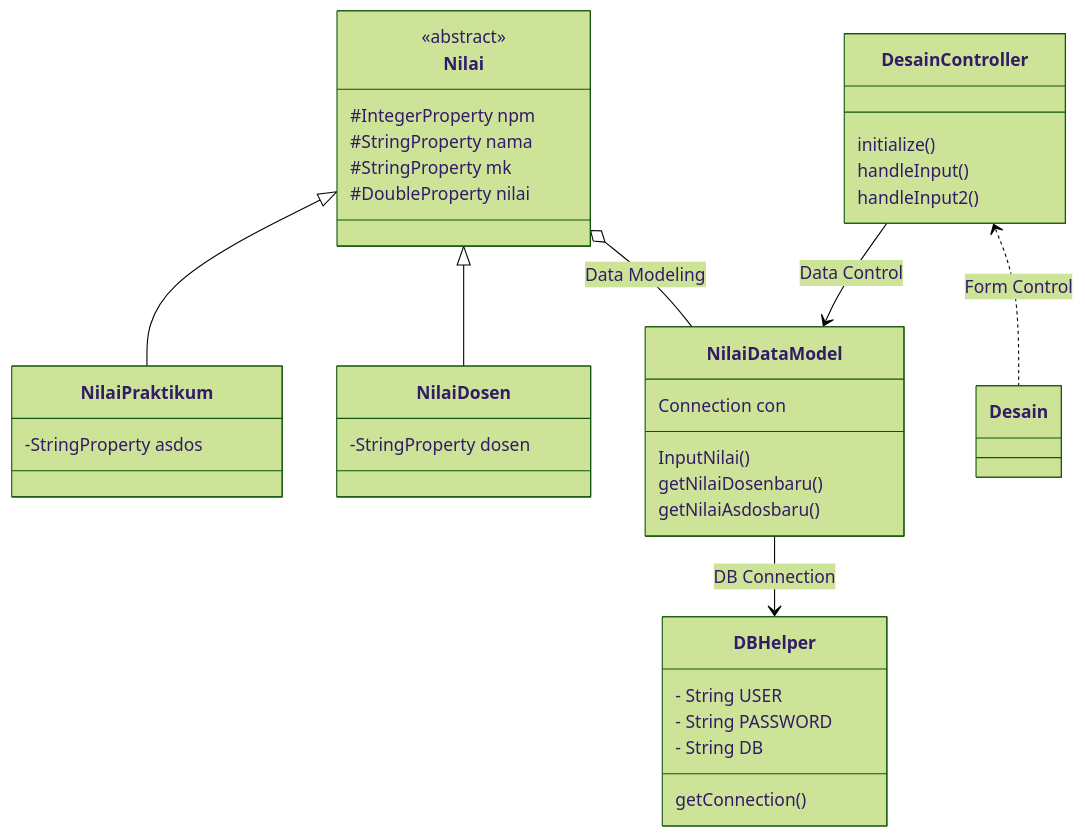
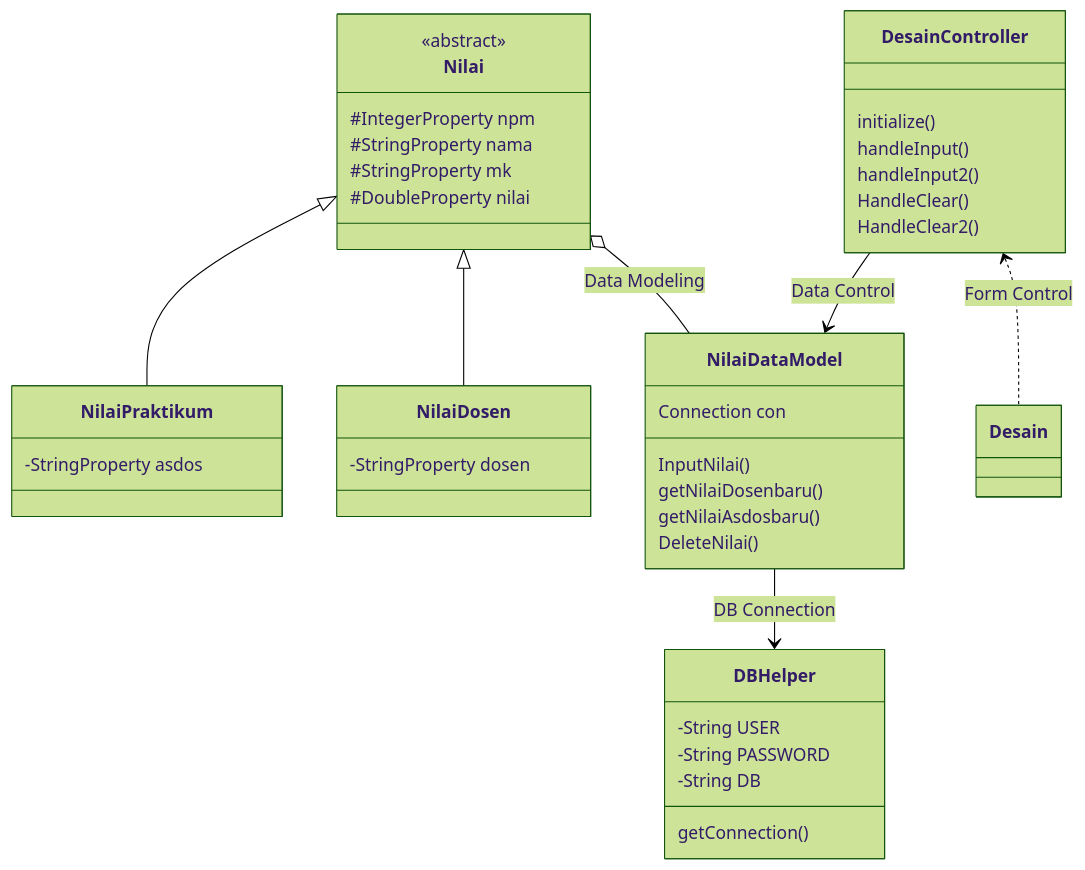
Before and after one commit to fikriaslamt/Tugas-Akhir-PBO: the diagram in README.md, drawn with Mermaid (forest theme). The commit also changed other lines of this file, not shown here.

````diff
--- a/README.md
+++ b/README.md
@@ -10,40 +10,43 @@
 ```mermaid
 classDiagram
     Nilai <|-- NilaiPraktikum
     Nilai <|-- NilaiDosen
     Nilai o-- NilaiDataModel : Data Modeling
     DesainController --> NilaiDataModel : Data Control
     NilaiDataModel --> DBHelper : DB Connection
     DesainController <.. Desain : Form Control
 
     class Nilai{
         <<abstract>>
         #IntegerProperty npm
         #StringProperty nama
         #StringProperty mk
         #DoubleProperty nilai
     }
     class NilaiPraktikum{
         -StringProperty asdos
     }
     class NilaiDosen{
         -StringProperty dosen
     }
     class NilaiDataModel{
         Connection con
         InputNilai()
         getNilaiDosenbaru()
         getNilaiAsdosbaru()
+        DeleteNilai()
     }
     class DesainController{
         initialize()
         handleInput()
         handleInput2()
+        HandleClear()
+        HandleClear2()
     }
     class DBHelper{
-        - String USER
-        - String PASSWORD
-        - String DB
+        -String USER
+        -String PASSWORD
+        -String DB
         getConnection()
     }
 ```
````
